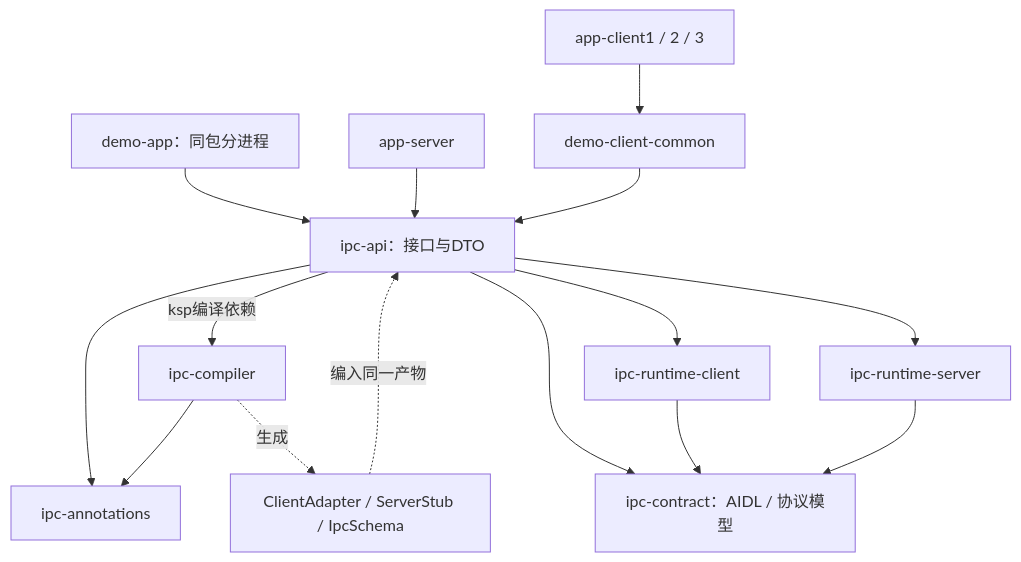
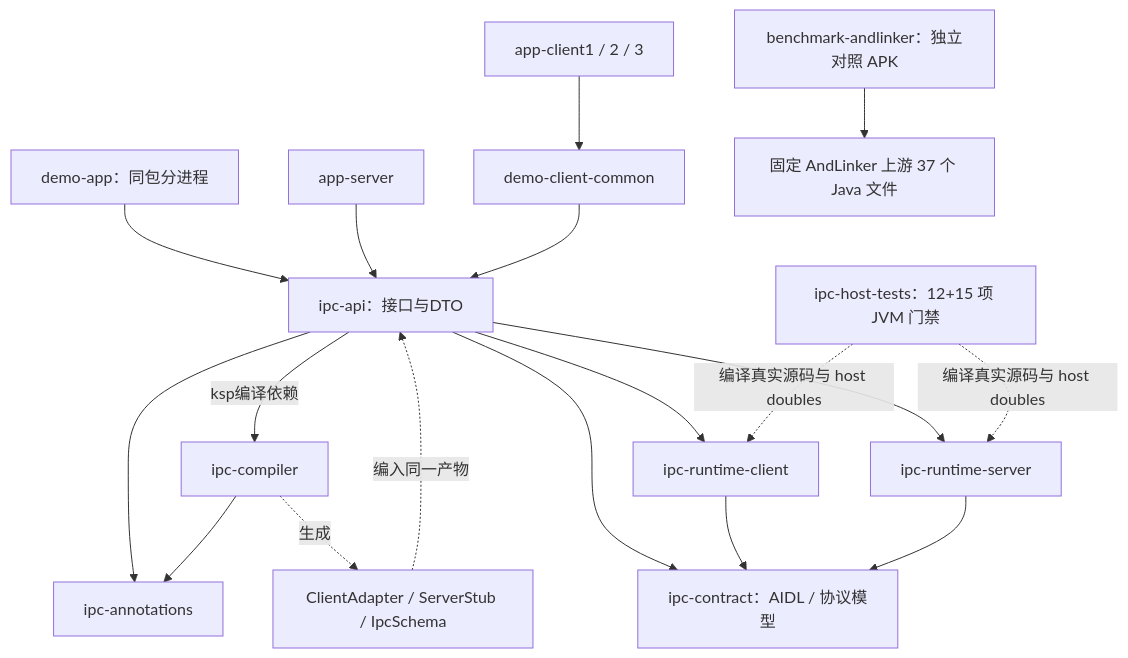
Before and after one commit to NingCui29/ModernIpc: the first of 9 diagrams in docs/ModernIPC_Architecture.md, drawn with Mermaid. The commit also changed other lines of this file and 873 other files, not shown here.

````diff
--- a/docs/ModernIPC_Architecture.md
+++ b/docs/ModernIPC_Architecture.md
@@ -23,17 +23,20 @@
 ```mermaid
 flowchart TD
     API["ipc-api：接口与DTO"] --> ANN["ipc-annotations"]
     KSP["ipc-compiler"] --> ANN
     API -- "ksp编译依赖" --> KSP
     KSP -. "生成" .-> GEN["ClientAdapter / ServerStub / IpcSchema"]
     GEN -. "编入同一产物" .-> API
     API --> RC["ipc-runtime-client"]
     API --> RS["ipc-runtime-server"]
     API --> CT["ipc-contract：AIDL / 协议模型"]
     RC --> CT
     RS --> CT
     DEMO["demo-app：同包分进程"] --> API
     SERVER["app-server"] --> API
     CLIENTS["app-client1 / 2 / 3"] --> COMMON["demo-client-common"]
     COMMON --> API
+    BENCH["benchmark-andlinker：独立对照 APK"] --> UPSTREAM["固定 AndLinker 上游 37 个 Java 文件"]
+    HOST["ipc-host-tests：12+15 项 JVM 门禁"] -. "编译真实源码与 host doubles" .-> RC
+    HOST -. "编译真实源码与 host doubles" .-> RS
 ```
````
